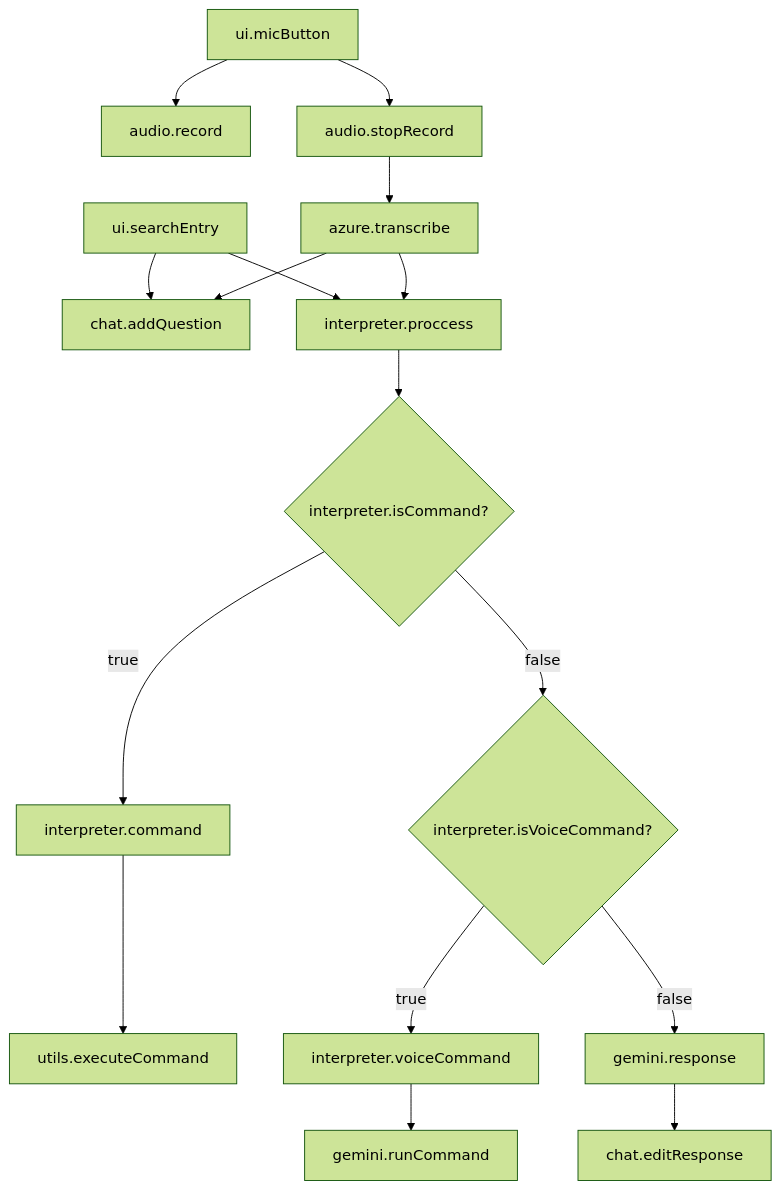
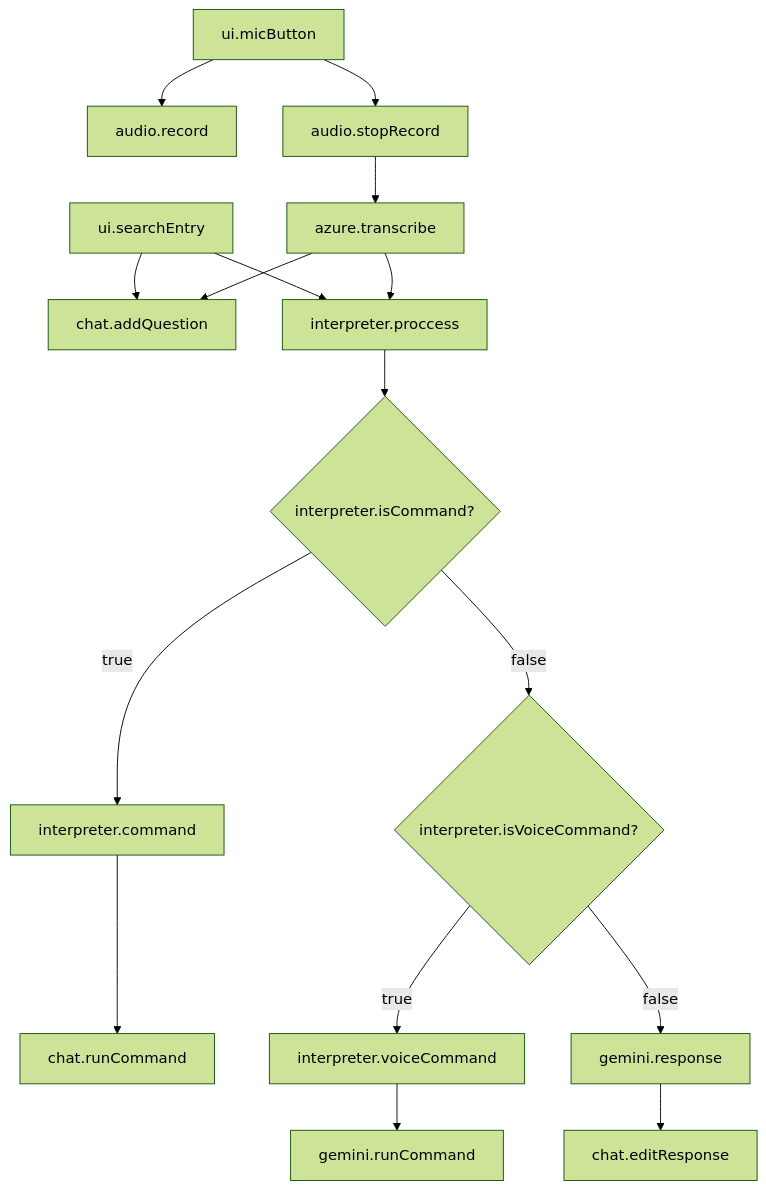
The diagram in Markdown.md (hermannhahn/aiva), drawn with Mermaid (forest theme) before and after one commit. The commit also changed 1 other file, not shown here.

````diff
--- a/Markdown.md
+++ b/Markdown.md
@@ -1,22 +1,22 @@
 ```mermaid
 graph TD
     %% Entry
     A[ui.searchEntry] --> B[chat.addQuestion]
     A --> C[interpreter.proccess]
 
     D[ui.micButton] --> E[audio.record]
     D --> F[audio.stopRecord]
 
     %% Audio
     F --> G[azure.transcribe]
     G --> B
     G --> C
 
     %% Interpreter
     C --> H{interpreter.isCommand?}
-    H -- true --> I[interpreter.command] --> J[utils.executeCommand]
+    H -- true --> I[interpreter.command] --> J[chat.runCommand]
     H -- false --> K{interpreter.isVoiceCommand?}
 
     K -- true --> L[interpreter.voiceCommand] --> M[gemini.runCommand]
     K -- false --> N[gemini.response] --> O[chat.editResponse]
 ```
````
